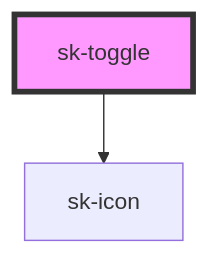
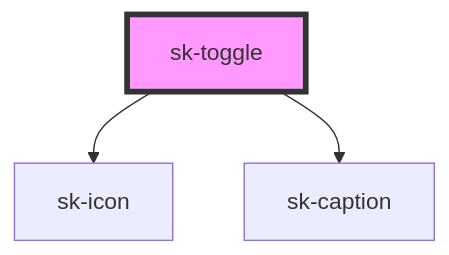
The diagram in web-components-stencil/src/components/sk-toggle/readme.md (shincke/sk-toolkit), drawn with Mermaid before and after one commit. The commit also changed other lines of this file and 28 other files, not shown here.

````diff
--- a/web-components-stencil/src/components/sk-toggle/readme.md
+++ b/web-components-stencil/src/components/sk-toggle/readme.md
@@ -32,5 +33,6 @@
 ```mermaid
 graph TD;
   sk-toggle --> sk-icon
+  sk-toggle --> sk-caption
   style sk-toggle fill:#f9f,stroke:#333,stroke-width:4px
 ```
````
